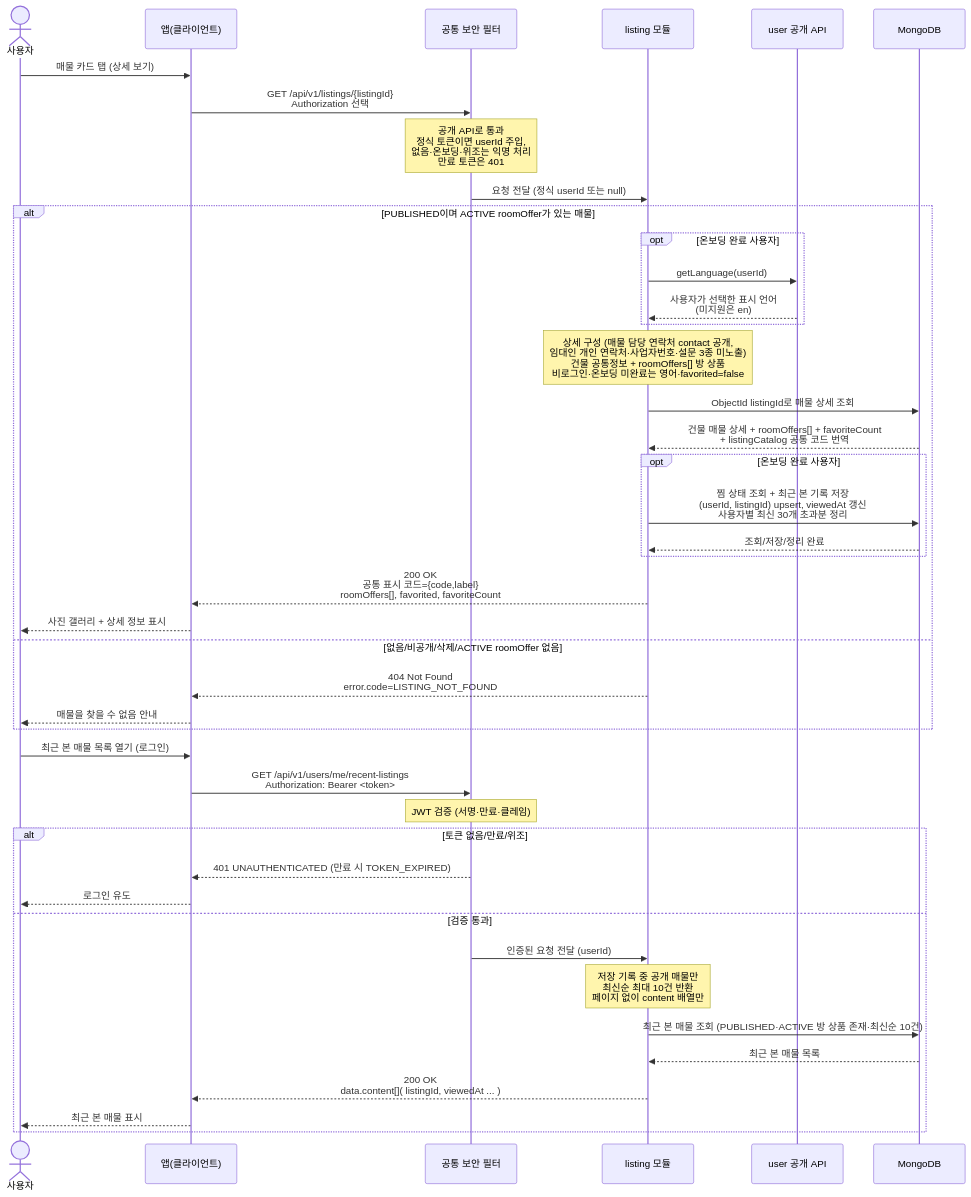
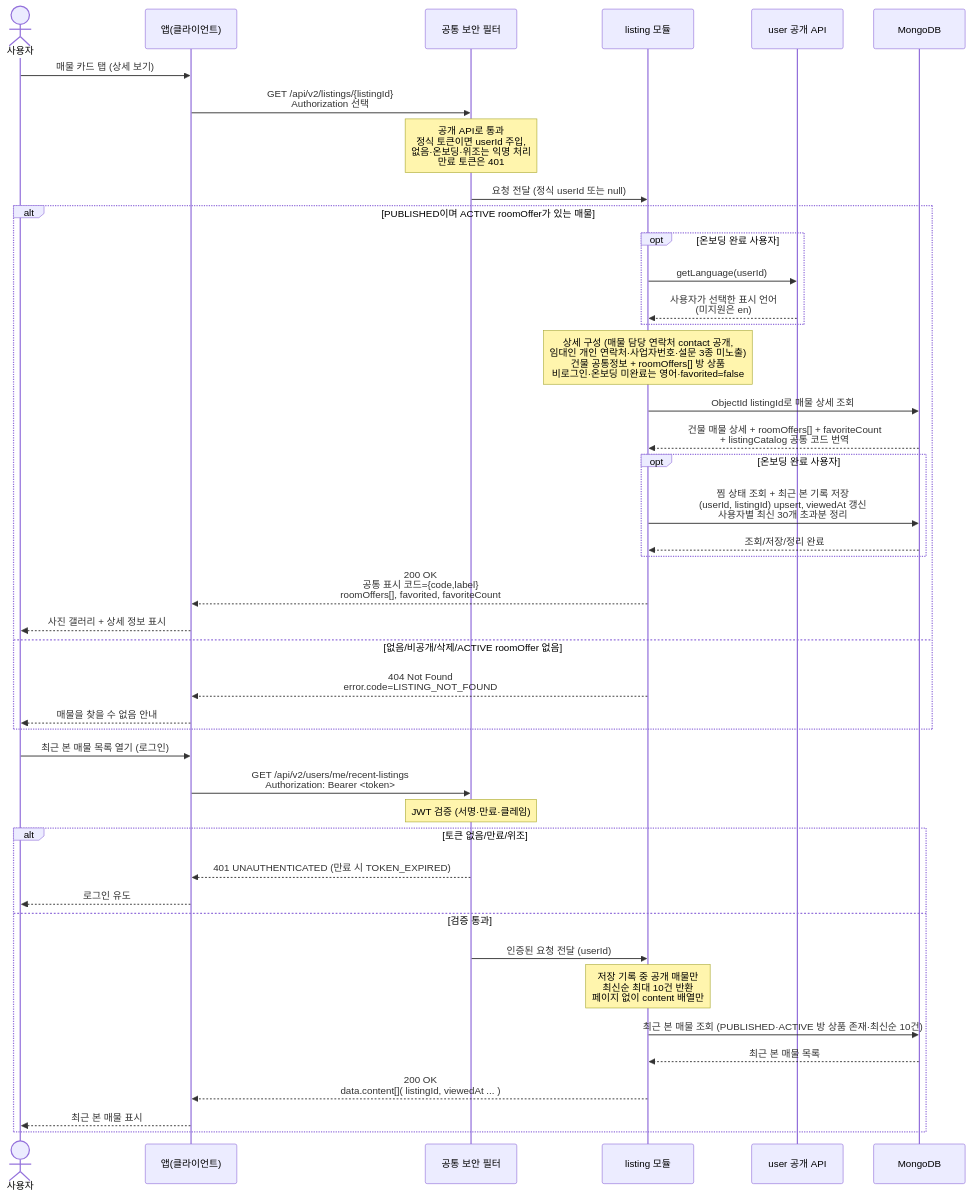
Before and after one commit to jameskim9509/Kohere-backend: the diagram in docs/architecture/sequence-diagrams/03-listings-favorites/us-3-4-listing-detail-recent-viewed.md, drawn with Mermaid. The commit also changed other lines of this file and 24 other files, not shown here.

````diff
--- a/docs/architecture/sequence-diagrams/03-listings-favorites/us-3-4-listing-detail-recent-viewed.md
+++ b/docs/architecture/sequence-diagrams/03-listings-favorites/us-3-4-listing-detail-recent-viewed.md
@@ -5,46 +7,46 @@
 ```mermaid
 sequenceDiagram
     actor U as 사용자
     participant C as 앱(클라이언트)
     participant SEC as 공통 보안 필터
     participant LIST as listing 모듈
     participant USER as user 공개 API
     participant DB as MongoDB
 
     U->>C: 매물 카드 탭 (상세 보기)
-    C->>SEC: GET /api/v1/listings/{listingId}<br/>Authorization 선택
+    C->>SEC: GET /api/v2/listings/{listingId}<br/>Authorization 선택
     Note over SEC: 공개 API로 통과<br/>정식 토큰이면 userId 주입,<br/>없음·온보딩·위조는 익명 처리<br/>만료 토큰은 401
     SEC->>LIST: 요청 전달 (정식 userId 또는 null)
     alt PUBLISHED이며 ACTIVE roomOffer가 있는 매물
         opt 온보딩 완료 사용자
             LIST->>USER: getLanguage(userId)
             USER-->>LIST: 사용자가 선택한 표시 언어<br/>(미지원은 en)
         end
         Note over LIST: 상세 구성 (매물 담당 연락처 contact 공개,<br/>임대인 개인 연락처·사업자번호·설문 3종 미노출)<br/>건물 공통정보 + roomOffers[] 방 상품<br/>비로그인·온보딩 미완료는 영어·favorited=false
         LIST->>DB: ObjectId listingId로 매물 상세 조회
         DB-->>LIST: 건물 매물 상세 + roomOffers[] + favoriteCount<br/>+ listingCatalog 공통 코드 번역
         opt 온보딩 완료 사용자
             LIST->>DB: 찜 상태 조회 + 최근 본 기록 저장<br/>(userId, listingId) upsert, viewedAt 갱신<br/>사용자별 최신 30개 초과분 정리
             DB-->>LIST: 조회/저장/정리 완료
         end
         LIST-->>C: 200 OK<br/>공통 표시 코드={code,label}<br/>roomOffers[], favorited, favoriteCount
         C-->>U: 사진 갤러리 + 상세 정보 표시
     else 없음/비공개/삭제/ACTIVE roomOffer 없음
         LIST-->>C: 404 Not Found<br/>error.code=LISTING_NOT_FOUND
         C-->>U: 매물을 찾을 수 없음 안내
     end
     U->>C: 최근 본 매물 목록 열기 (로그인)
-    C->>SEC: GET /api/v1/users/me/recent-listings<br/>Authorization: Bearer <token>
+    C->>SEC: GET /api/v2/users/me/recent-listings<br/>Authorization: Bearer <token>
     Note over SEC: JWT 검증 (서명·만료·클레임)
     alt 토큰 없음/만료/위조
         SEC-->>C: 401 UNAUTHENTICATED (만료 시 TOKEN_EXPIRED)
         C-->>U: 로그인 유도
     else 검증 통과
         SEC->>LIST: 인증된 요청 전달 (userId)
         Note over LIST: 저장 기록 중 공개 매물만<br/>최신순 최대 10건 반환<br/>페이지 없이 content 배열만
         LIST->>DB: 최근 본 매물 조회 (PUBLISHED·ACTIVE 방 상품 존재·최신순 10건)
         DB-->>LIST: 최근 본 매물 목록
         LIST-->>C: 200 OK<br/>data.content[]( listingId, viewedAt ... )
         C-->>U: 최근 본 매물 표시
     end
 ```
````
